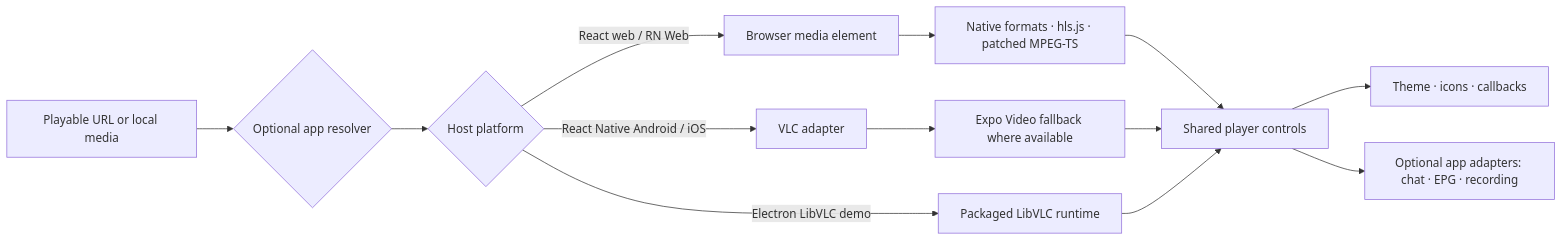
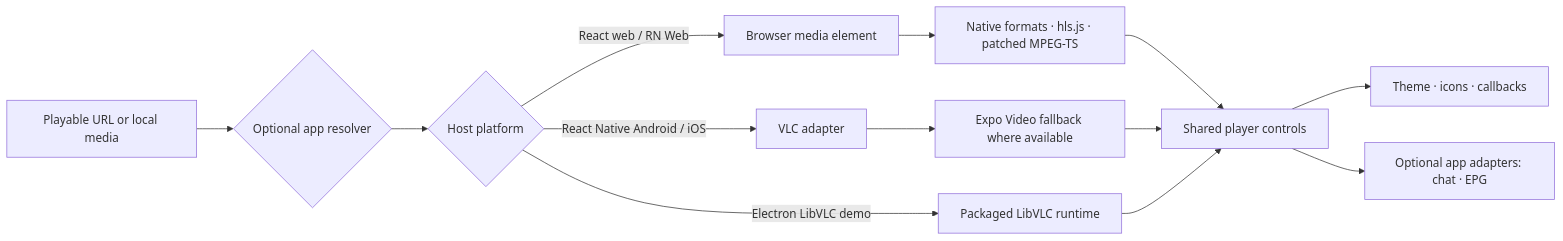
The diagram in README.md (nahushr/cinecrew-player), drawn with Mermaid before and after one commit. The commit also changed other lines of this file and 29 other files, not shown here.

````diff
--- a/README.md
+++ b/README.md
@@ -70,15 +70,15 @@
 ```mermaid
 flowchart LR
   A[Playable URL or local media] --> B{Optional app resolver}
   B --> C{Host platform}
   C -->|React web / RN Web| D[Browser media element]
   D --> E[Native formats · hls.js · patched MPEG-TS]
   C -->|React Native Android / iOS| F[VLC adapter]
   F --> G[Expo Video fallback where available]
   C -->|Electron LibVLC demo| K[Packaged LibVLC runtime]
   E --> H[Shared player controls]
   G --> H
   K --> H
   H --> I[Theme · icons · callbacks]
-  H --> J[Optional app adapters: chat · EPG · recording]
+  H --> J[Optional app adapters: chat · EPG]
 ```
````
